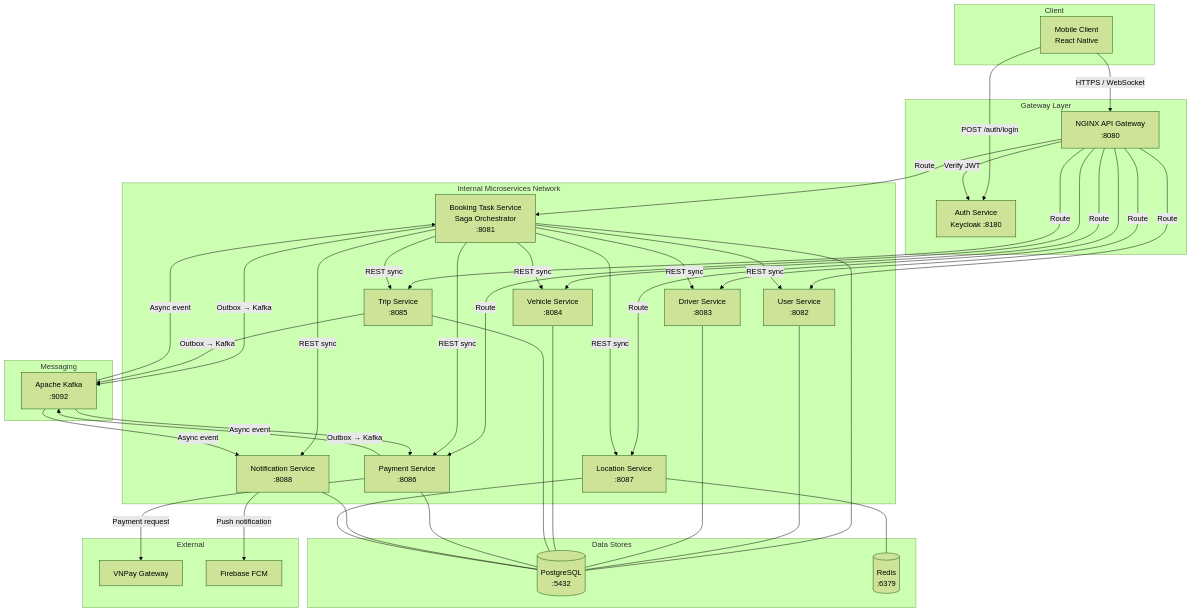
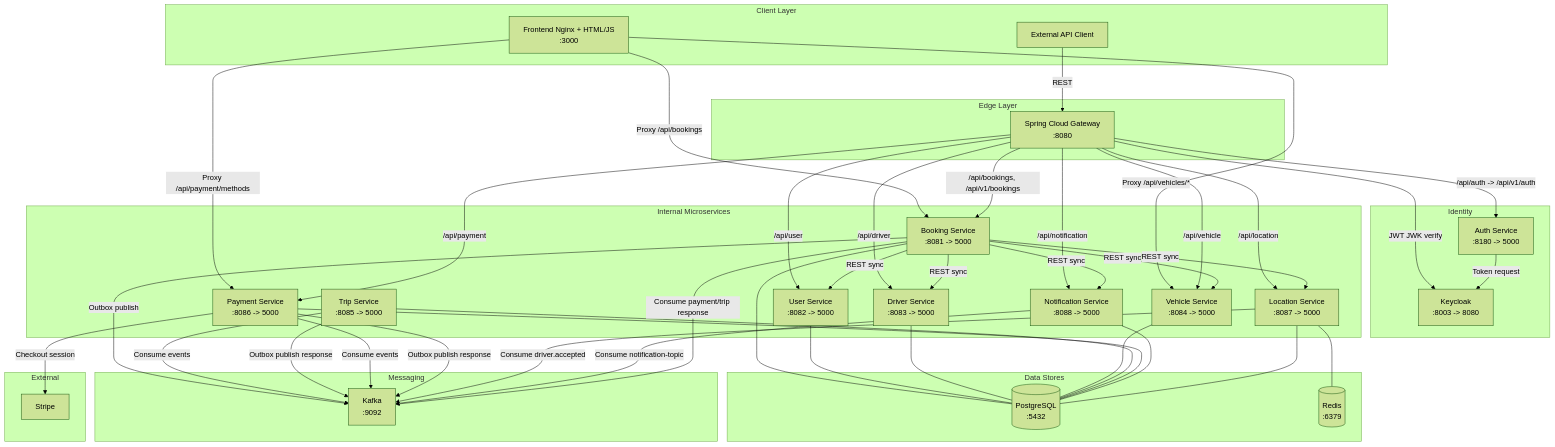
The diagram in docs/architecture.md (ImTruong/TrangSM), drawn with Mermaid (forest theme) before and after one commit. The commit also changed other lines of this file and 32 other files, not shown here.

Commit message:
feat: trigger driver search immediately for cash payments and sync acceptBooking with location-service

````diff
--- a/docs/architecture.md
+++ b/docs/architecture.md
@@ -110,66 +118,79 @@
 ```mermaid
 graph TB
-    subgraph Client
-        MC[Mobile Client\nReact Native]
+    subgraph Client Layer
+        FE[Frontend Nginx + HTML/JS\n:3000]
+        APP[External API Client]
     end
- 
-    subgraph Gateway Layer
-        GW[NGINX API Gateway\n:8080]
-        AS[Auth Service\nKeycloak :8180]
+
+    subgraph Edge Layer
+        GW[Spring Cloud Gateway\n:8080]
     end
- 
-    subgraph Internal Microservices Network
-        BT[Booking Task Service\nSaga Orchestrator\n:8081]
-        US[User Service\n:8082]
-        DS[Driver Service\n:8083]
-        VS[Vehicle Service\n:8084]
-        TS[Trip Service\n:8085]
-        PS[Payment Service\n:8086]
-        LS[Location Service\n:8087]
-        NS[Notification Service\n:8088]
+
+    subgraph Identity
+        KC[Keycloak\n:8003 -> 8080]
+        AUTH[Auth Service\n:8180 -> 5000]
     end
- 
+
+    subgraph Internal Microservices
+        BK[Booking Service\n:8081 -> 5000]
+        US[User Service\n:8082 -> 5000]
+        DS[Driver Service\n:8083 -> 5000]
+        VS[Vehicle Service\n:8084 -> 5000]
+        TS[Trip Service\n:8085 -> 5000]
+        PS[Payment Service\n:8086 -> 5000]
+        LS[Location Service\n:8087 -> 5000]
+        NS[Notification Service\n:8088 -> 5000]
+    end
+
     subgraph Messaging
-        KF[Apache Kafka\n:9092]
+        KF[Kafka\n:9092]
     end
- 
+
     subgraph Data Stores
         PG[(PostgreSQL\n:5432)]
         RD[(Redis\n:6379)]
     end
- 
+
     subgraph External
-        VNPAY[VNPay Gateway]
-        FCM[Firebase FCM]
+        STRIPE[Stripe]
     end
- 
-    MC -->|HTTPS / WebSocket| GW
-    MC -->|POST /auth/login| AS
-    GW -->|Verify JWT| AS
-    GW -->|Route| BT
-    GW -->|Route| US
-    GW -->|Route| DS
-    GW -->|Route| VS
-    GW -->|Route| TS
-    GW -->|Route| PS
-    GW -->|Route| LS
- 
-    BT -->|REST sync| US
-    BT -->|REST sync| DS
-    BT -->|REST sync| VS
-    BT -->|REST sync| TS
-    BT -->|REST sync| PS
-    BT -->|REST sync| LS
-    BT -->|REST sync| NS
-    BT -->|Outbox → Kafka| KF
-    KF -->|Async event| BT
-    KF -->|Async event| PS
-    KF -->|Async event| NS
- 
-    TS -->|Outbox → Kafka| KF
-    PS -->|Outbox → Kafka| KF
- 
-    BT --- PG
+
+    FE -->|Proxy /api/bookings| BK
+    FE -->|Proxy /api/vehicles/*| VS
+    FE -->|Proxy /api/payment/methods| PS
+
+    APP -->|REST| GW
+    GW -->|JWT JWK verify| KC
+    GW -->|/api/auth -> /api/v1/auth| AUTH
+    GW -->|/api/bookings, /api/v1/bookings| BK
+    GW -->|/api/user| US
+    GW -->|/api/driver| DS
+    GW -->|/api/vehicle| VS
+    GW -->|/api/payment| PS
+    GW -->|/api/location| LS
+    GW -->|/api/notification| NS
+
+    AUTH -->|Token request| KC
+
+    BK -->|REST sync| US
+    BK -->|REST sync| DS
+    BK -->|REST sync| VS
+    BK -->|REST sync| LS
+    BK -->|REST sync| NS
+    BK -->|Outbox publish| KF
+
+    TS -->|Consume events| KF
+    TS -->|Outbox publish response| KF
+
+    PS -->|Consume events| KF
+    PS -->|Outbox publish response| KF
+    PS -->|Checkout session| STRIPE
+
+    LS -->|Consume driver.accepted| KF
+    NS -->|Consume notification-topic| KF
+    BK -->|Consume payment/trip response| KF
+
+    BK --- PG
     US --- PG
     DS --- PG
     VS --- PG
@@ -178,7 +199,4 @@
     NS --- PG
     LS --- PG
     LS --- RD
- 
-    PS -->|Payment request| VNPAY
-    NS -->|Push notification| FCM
 ```
````
